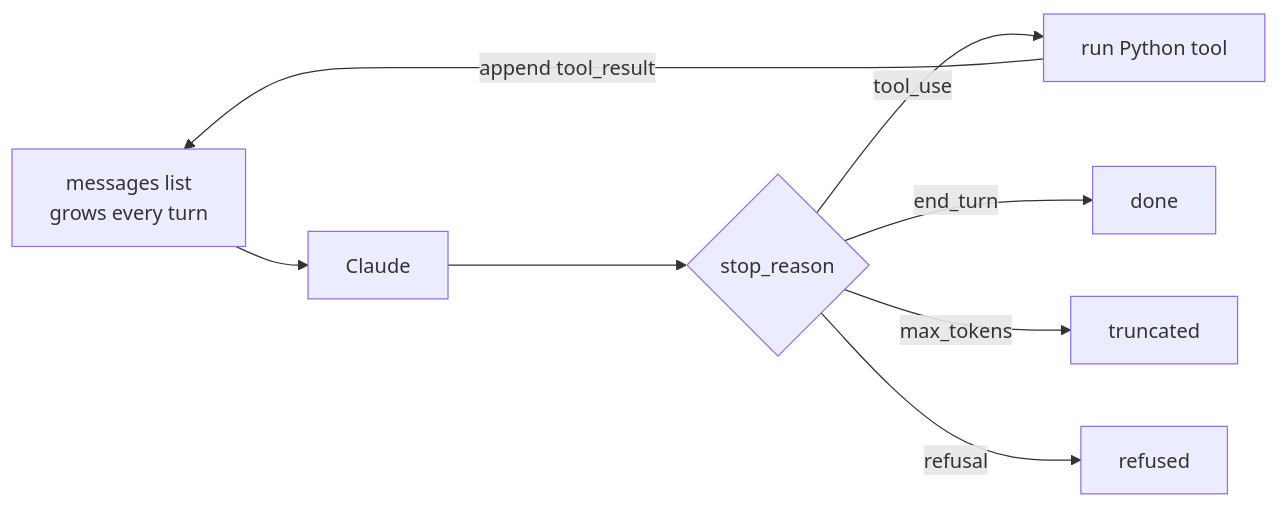
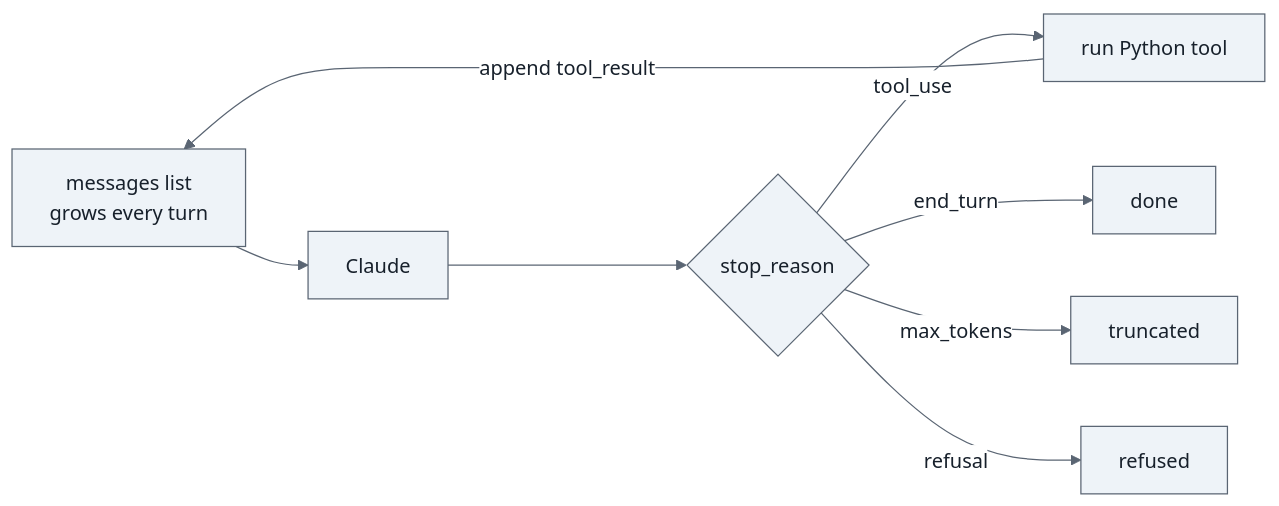
Before and after one commit to ashvolt/agents: diagram 12 of 14 in capstone/docs/learn.md, drawn with Mermaid. The commit also changed other lines of this file, not shown here.

First line of the commit message:
docs(learn): cover the project to 2026-09-26; diagrams readable in any theme

````diff
--- a/capstone/docs/learn.md
+++ b/capstone/docs/learn.md
@@ -651,10 +826,11 @@
 ```mermaid
-%%{init: {"theme": "default"}}%%
+%%{init: {"theme":"base","themeVariables":{"background":"#ffffff","fontFamily":"Arial, Helvetica, sans-serif","primaryColor":"#eef3f8","primaryTextColor":"#17202b","primaryBorderColor":"#5a6573","secondaryColor":"#f5f7fa","secondaryTextColor":"#17202b","tertiaryColor":"#ffffff","tertiaryTextColor":"#17202b","lineColor":"#5a6573","textColor":"#17202b","titleColor":"#17202b","nodeTextColor":"#17202b","edgeLabelBackground":"#ffffff","clusterBkg":"#f7f9fb","clusterBorder":"#9aa5b1","cScale0":"#dbeafe","cScaleLabel0":"#17202b","cScalePeer0":"#5a6573","cScale1":"#dcfce7","cScaleLabel1":"#17202b","cScalePeer1":"#5a6573","cScale2":"#fef3c7","cScaleLabel2":"#17202b","cScalePeer2":"#5a6573","cScale3":"#fce7f3","cScaleLabel3":"#17202b","cScalePeer3":"#5a6573","cScale4":"#e0e7ff","cScaleLabel4":"#17202b","cScalePeer4":"#5a6573","cScale5":"#ccfbf1","cScaleLabel5":"#17202b","cScalePeer5":"#5a6573","cScale6":"#ffedd5","cScaleLabel6":"#17202b","cScalePeer6":"#5a6573","cScale7":"#f1f5f9","cScaleLabel7":"#17202b","cScalePeer7":"#5a6573"}}}%%
 flowchart LR
-    C[messages list<br/>grows every turn] --> API[Claude]
+    classDef default fill:#eef3f8,stroke:#5a6573,color:#17202b
+    C["messages list<br/>grows every turn"] --> API[Claude]
     API --> SR{stop_reason}
-    SR -- tool_use --> T[run Python tool] -->|append tool_result| C
+    SR -- tool_use --> T["run Python tool"] -->|"append tool_result"| C
     SR -- end_turn --> D[done]
     SR -- max_tokens --> TR[truncated]
     SR -- refusal --> RE[refused]
 ```
````
